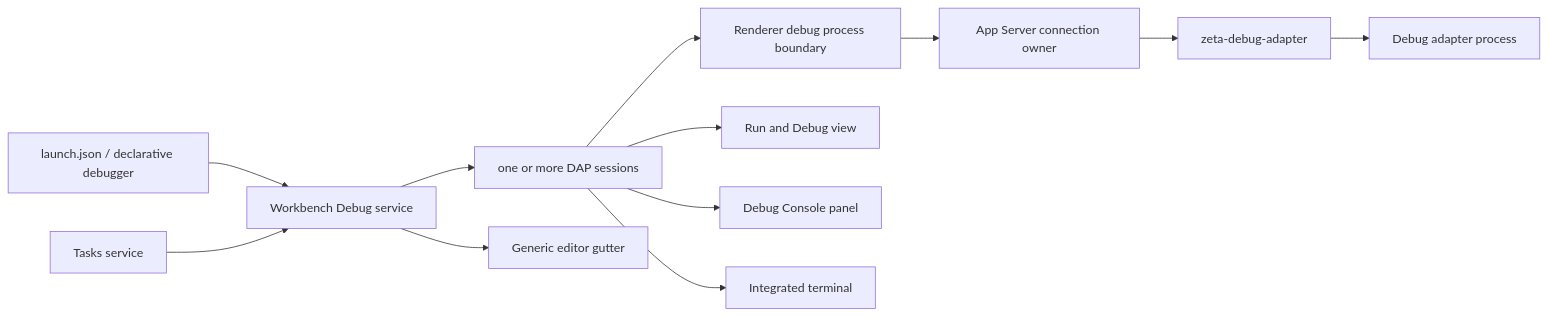
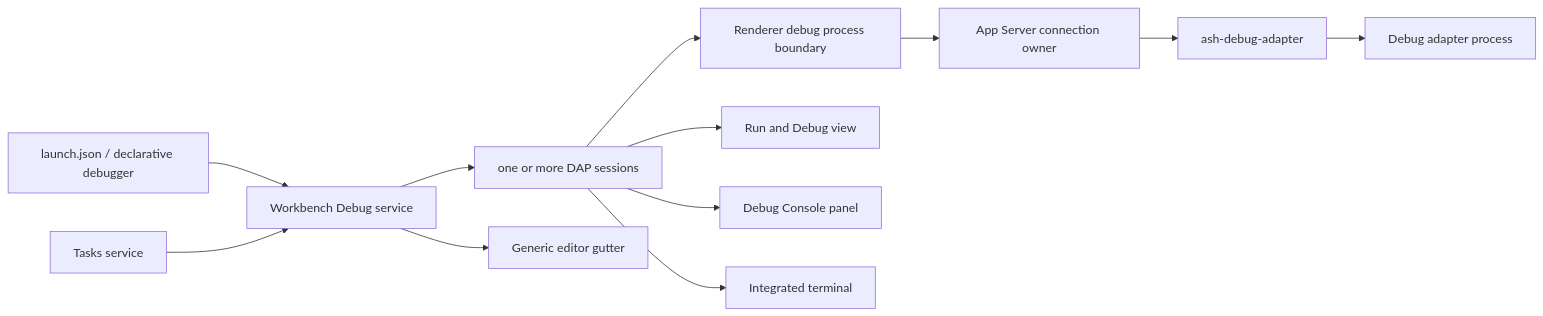
The diagram in docs/debugging.md (chogng/zeta), drawn with Mermaid before and after one commit. The commit also changed other lines of this file and 7718 other files, not shown here.

Commit message:
refactor: rename zeta to ash

````diff
--- a/docs/debugging.md
+++ b/docs/debugging.md
@@ -23,14 +23,14 @@
 ```mermaid
 flowchart LR
     Launch["launch.json / declarative debugger"] --> DebugService["Workbench Debug service"]
     Tasks["Tasks service"] --> DebugService
     DebugService --> Sessions["one or more DAP sessions"]
     Sessions --> Platform["Renderer debug process boundary"]
     Platform --> AppServer["App Server connection owner"]
-    AppServer --> Runtime["zeta-debug-adapter"]
+    AppServer --> Runtime["ash-debug-adapter"]
     Runtime --> Adapter["Debug adapter process"]
     Sessions --> View["Run and Debug view"]
     Sessions --> Console["Debug Console panel"]
     DebugService --> Gutter["Generic editor gutter"]
     Sessions --> Terminal["Integrated terminal"]
 ```
````
